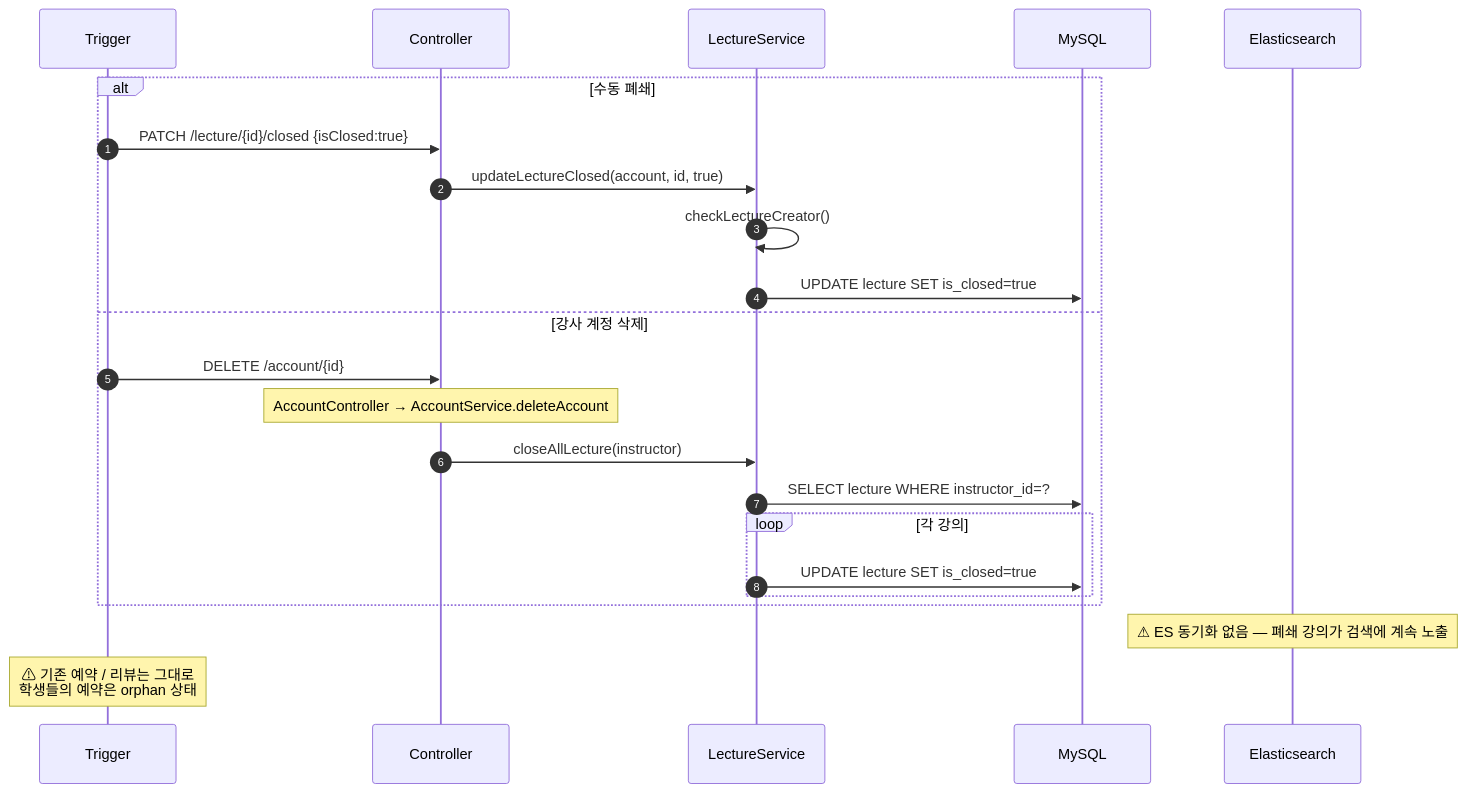
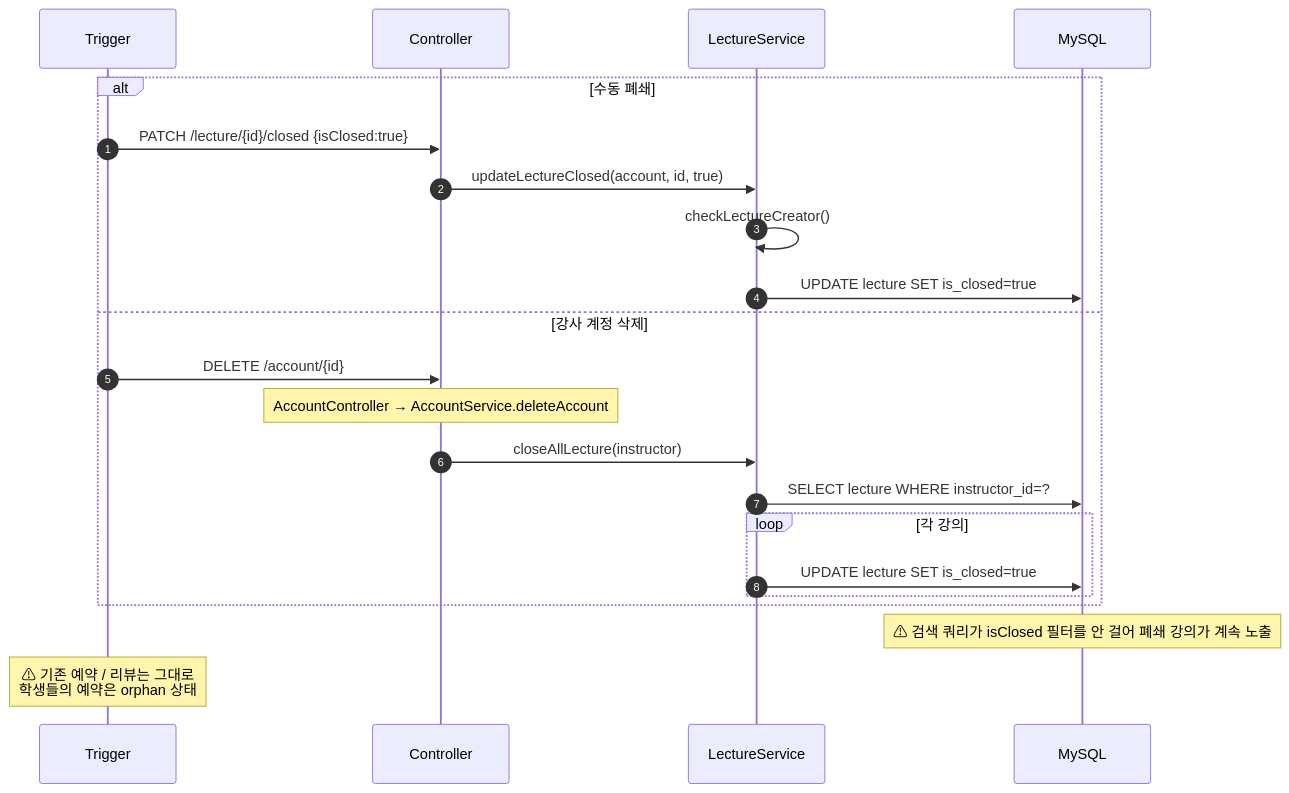
One commit to pungdong/Pungdong-Backend changed the fifth of 8 diagrams in docs/architecture/lecture.md. Above: the diagram before and after it, drawn with Mermaid. The commit also changed other lines of this file and 7 other files, not shown here.

````diff
--- a/docs/architecture/lecture.md
+++ b/docs/architecture/lecture.md
@@ -182,27 +154,26 @@
 ```mermaid
 sequenceDiagram
     autonumber
     participant Trigger as Trigger
     participant Ctrl as Controller
     participant LSvc as LectureService
     participant DB as MySQL
-    participant ES as Elasticsearch
 
     alt 수동 폐쇄
         Trigger->>Ctrl: PATCH /lecture/{id}/closed {isClosed:true}
         Ctrl->>LSvc: updateLectureClosed(account, id, true)
         LSvc->>LSvc: checkLectureCreator()
         LSvc->>DB: UPDATE lecture SET is_closed=true
     else 강사 계정 삭제
         Trigger->>Ctrl: DELETE /account/{id}
         Note over Ctrl: AccountController → AccountService.deleteAccount
         Ctrl->>LSvc: closeAllLecture(instructor)
         LSvc->>DB: SELECT lecture WHERE instructor_id=?
         loop 각 강의
             LSvc->>DB: UPDATE lecture SET is_closed=true
         end
     end
 
-    Note over ES: ⚠ ES 동기화 없음 — 폐쇄 강의가 검색에 계속 노출
+    Note over DB: ⚠ 검색 쿼리가 isClosed 필터를 안 걸어 폐쇄 강의가 계속 노출
     Note over Trigger: ⚠ 기존 예약 / 리뷰는 그대로<br/>학생들의 예약은 orphan 상태
 ```
````
